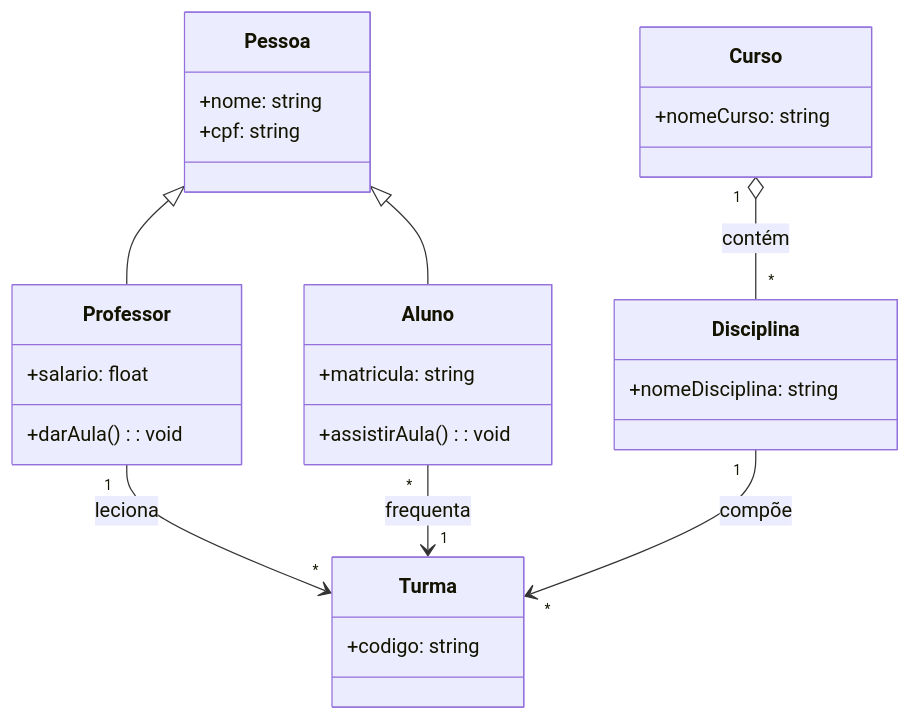
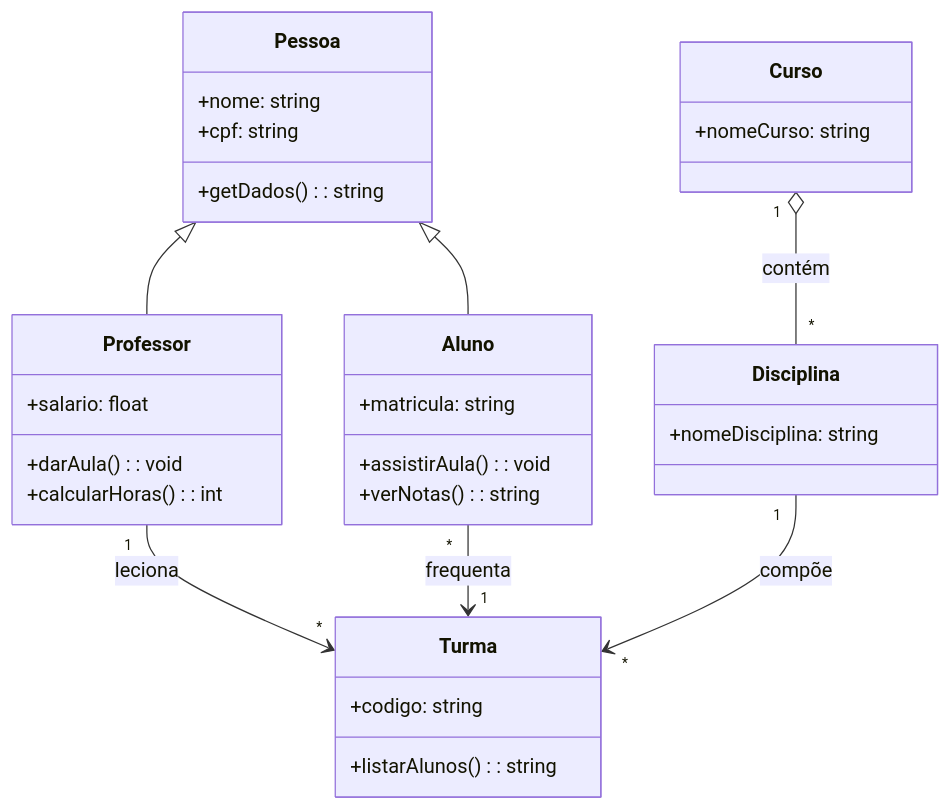
Before and after one commit to marcosfrancisco/aulapoo: the eighth of 8 diagrams in aulaclasses.md, drawn with Mermaid. The commit also changed other lines of this file, not shown here.

````diff
--- a/aulaclasses.md
+++ b/aulaclasses.md
@@ -212,37 +222,41 @@
 ```mermaid
 classDiagram
   class Pessoa {
     +nome: string
     +cpf: string
+    +getDados(): string
   }
 
   class Aluno {
     +matricula: string
     +assistirAula(): void
+    +verNotas(): string
   }
 
   class Professor {
     +salario: float
     +darAula(): void
+    +calcularHoras(): int
   }
 
   class Turma {
     +codigo: string
+    +listarAlunos(): string
   }
 
   class Curso {
     +nomeCurso: string
   }
 
   class Disciplina {
     +nomeDisciplina: string
   }
 
   Pessoa <|-- Aluno
   Pessoa <|-- Professor
 
   Professor "1" --> "*" Turma : leciona
   Aluno "*" --> "1" Turma : frequenta
   Curso "1" o-- "*" Disciplina : contém
   Disciplina "1" --> "*" Turma : compõe
 ```
````
